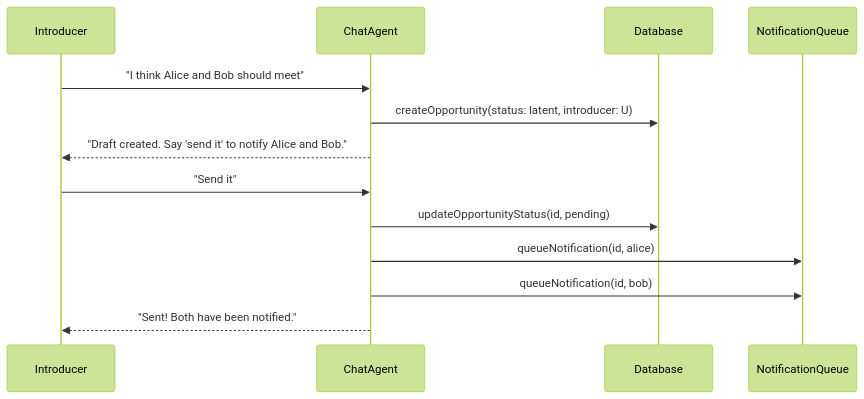
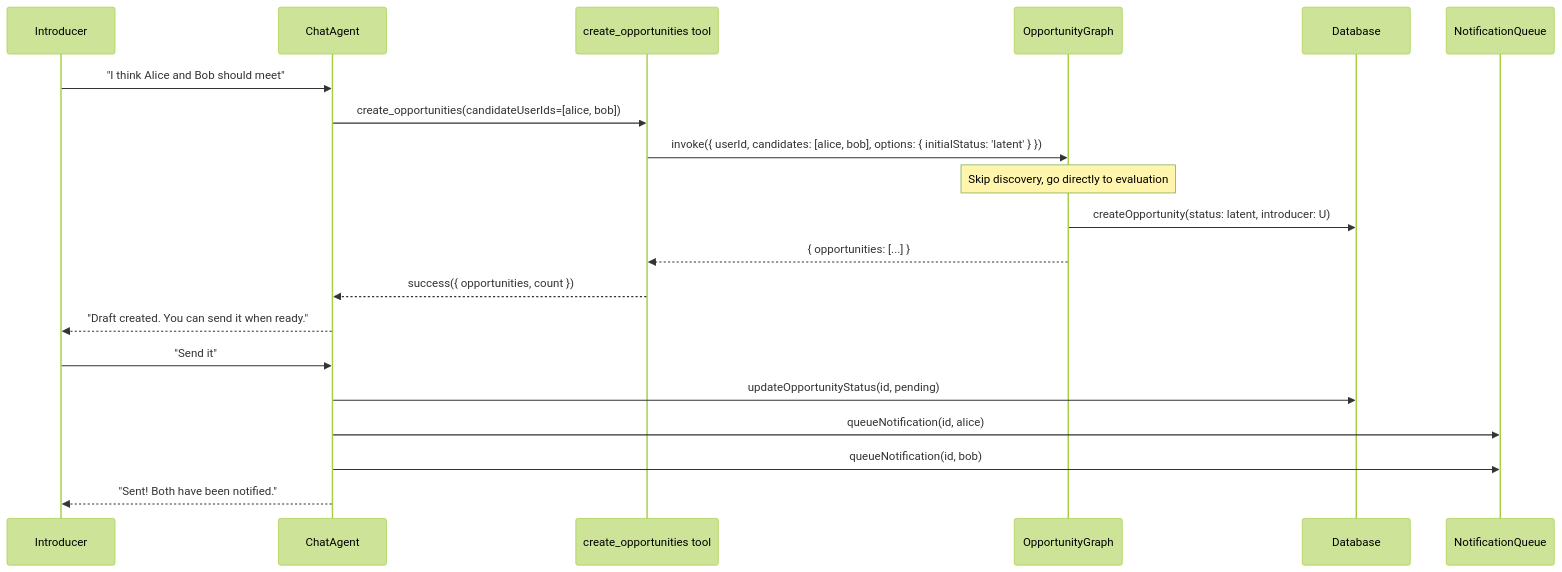
One commit to indexnetwork/claude-plugin changed the fourth of 4 diagrams in protocol/src/lib/protocol/docs/Latent Opportunity Lifecycle.md. Above: the diagram before and after it, drawn with Mermaid (forest theme). The commit also changed other lines of this file and 2 other files, not shown here.

Commit message:
refactor(chat): unify opportunity creation with single tool
Remove create_opportunity_between_members tool in favor of unified
create_opportunities approach. This simplifies the chat tools from 24
to 23 by consolidating discovery and future curator modes into one tool.

Changes:
- Remove createOpportunityBetweenMembers tool definition (~120 lines)
- Update documentation to reflect unified tool approach
- Add notes for future curator mode via candidateUserIds parameter
- Update implementation plan (Step 6)

The unified tool will handle both discovery mode (current) and curator
mode (future enhancement) through optional parameters.

````diff
--- a/protocol/src/lib/protocol/docs/Latent Opportunity Lifecycle.md
+++ b/protocol/src/lib/protocol/docs/Latent Opportunity Lifecycle.md
@@ -181,17 +183,26 @@
 ```mermaid
 sequenceDiagram
     participant U as Introducer
     participant C as ChatAgent
+    participant CT as create_opportunities tool
+    participant OG as OpportunityGraph
     participant DB as Database
     participant N as NotificationQueue
 
     U->>C: "I think Alice and Bob should meet"
-    C->>DB: createOpportunity(status: latent, introducer: U)
-    C-->>U: "Draft created. Say 'send it' to notify Alice and Bob."
+    C->>CT: create_opportunities(candidateUserIds=[alice, bob])
+    CT->>OG: invoke({ userId, candidates: [alice, bob], options: { initialStatus: 'latent' } })
+    
+    Note over OG: Skip discovery, go directly to evaluation
+    
+    OG->>DB: createOpportunity(status: latent, introducer: U)
+    OG-->>CT: { opportunities: [...] }
+    CT-->>C: success({ opportunities, count })
+    C-->>U: "Draft created. You can send it when ready."
 
     U->>C: "Send it"
     C->>DB: updateOpportunityStatus(id, pending)
     C->>N: queueNotification(id, alice)
     C->>N: queueNotification(id, bob)
     C-->>U: "Sent! Both have been notified."
 ```
````
